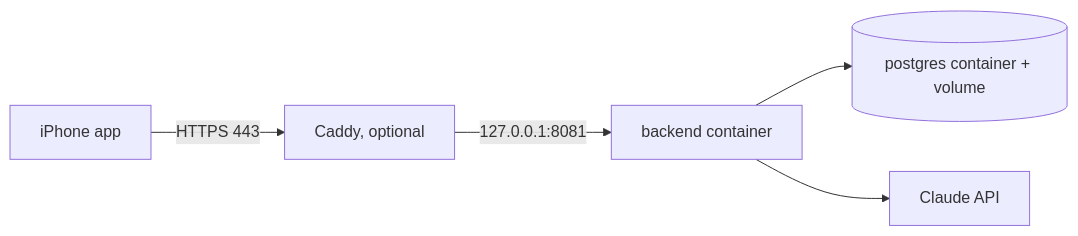
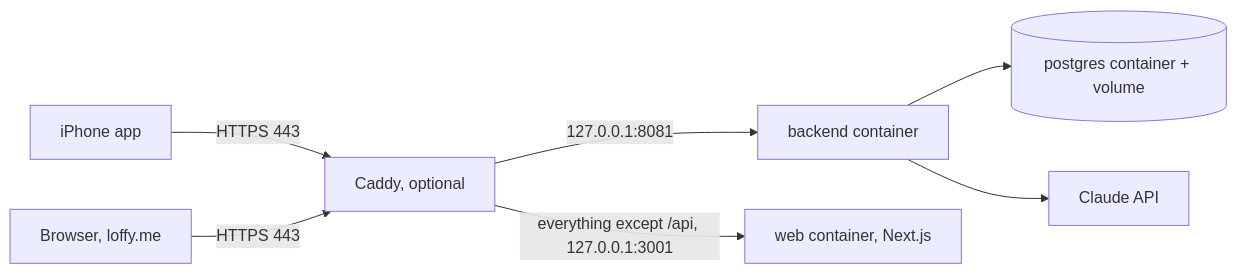
One commit to tranphuocloc070699/saynata changed the first of 2 diagrams in backlog/docs/guides/doc-11 - Deploy-to-a-VPS.md. Above: the diagram before and after it, drawn with Mermaid. The commit also changed other lines of this file and 12 other files, not shown here.

First line of the commit message:
TASK-102.2: deploy the web app to loffy.me

````diff
--- a/backlog/docs/guides/doc-11 - Deploy-to-a-VPS.md
+++ b/backlog/docs/guides/doc-11 - Deploy-to-a-VPS.md
@@ -21,7 +21,9 @@
 ```mermaid
 flowchart LR
     APP[iPhone app] -->|HTTPS 443| CADDY[Caddy, optional]
     CADDY -->|127.0.0.1:8081| BE[backend container]
+    BROWSER[Browser, loffy.me] -->|HTTPS 443| CADDY
+    CADDY -->|"everything except /api, 127.0.0.1:3001"| WEB[web container, Next.js]
     BE --> PG[(postgres container + volume)]
     BE --> CL[Claude API]
 ```
````
